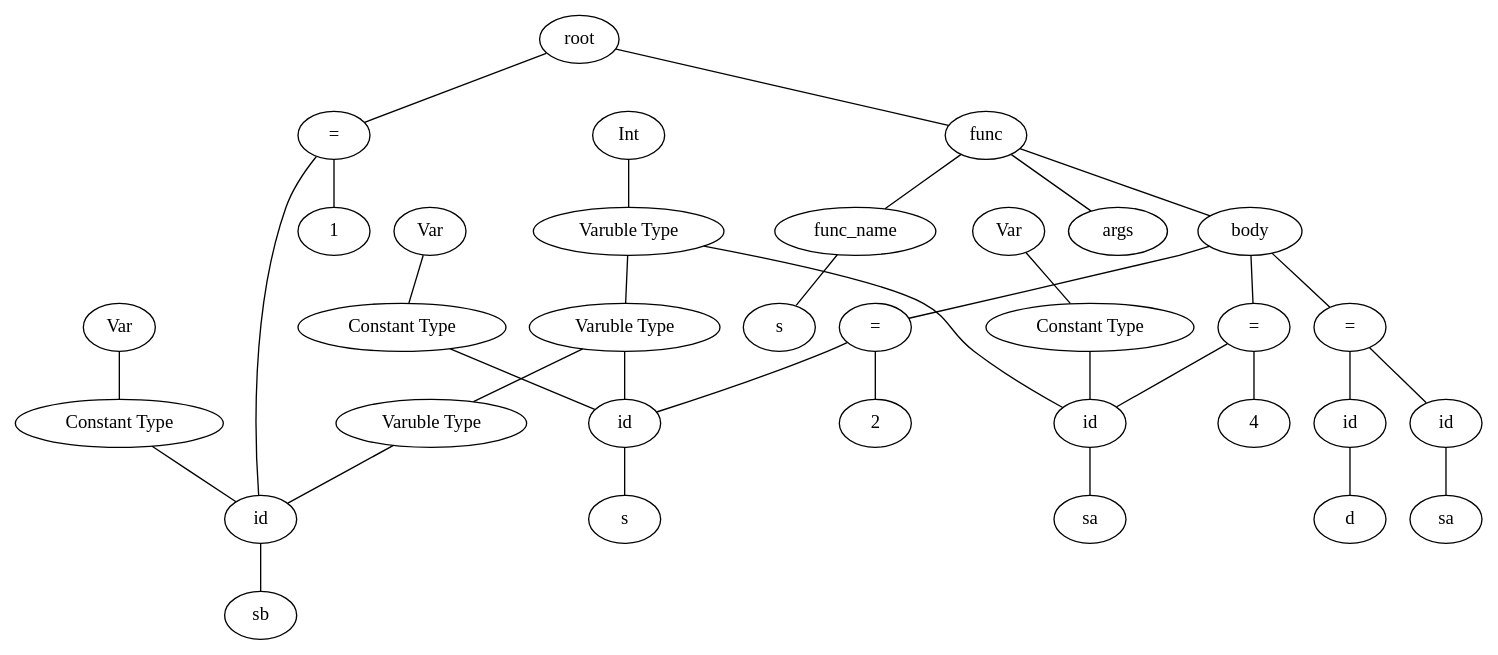
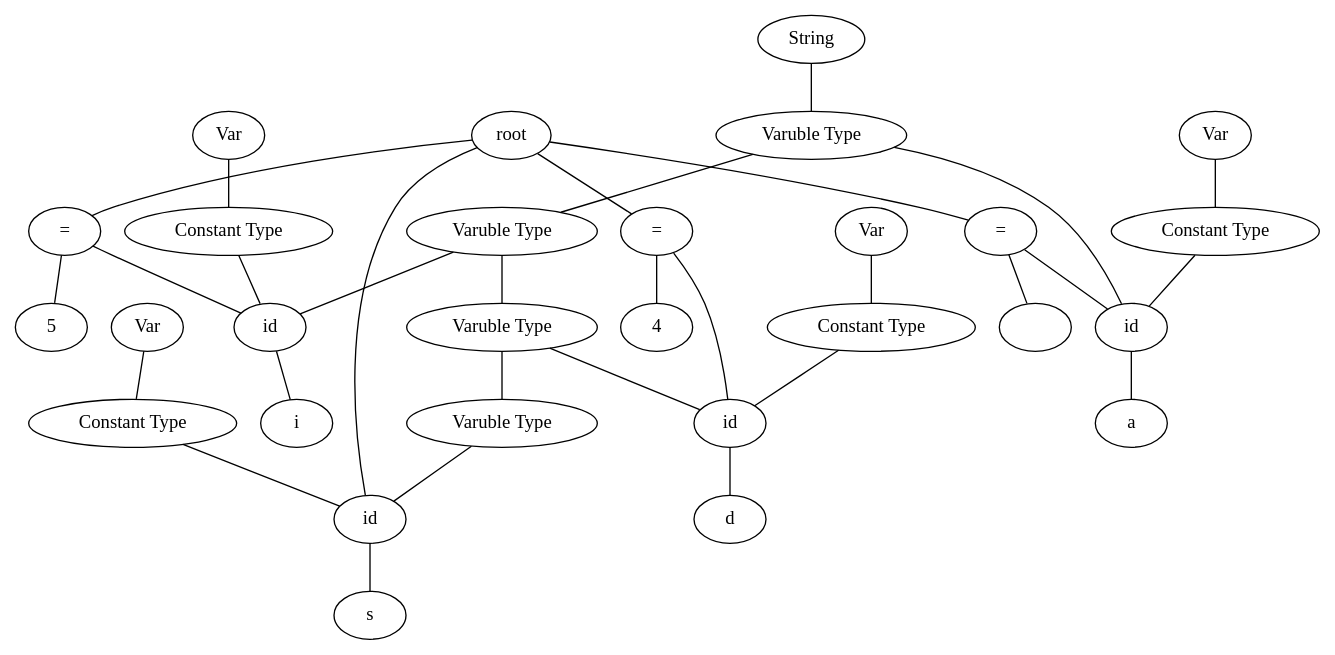
Before and after one commit to TAIIOK/SwiftCompilerToJavaByteCode: the diagram in build/file.dot, drawn with Graphviz. The commit also changed 9 other files, not shown here.

```diff
--- a/build/file.dot
+++ b/build/file.dot
@@ -1,71 +1,63 @@
 graph graphname {
 root;
-assign0[label = "="];
-root--assign0;
 expr0[label = "id"];
-assign0--expr0;
+root--expr0;
 type0[label = "Varuble Type"];
 type0--expr0;
 type1[label = "Int"];
 type1--type0;
 consttype0[label = "Constant Type"];
 consttype0--expr0;
 consttype1[label = "Var"];
 consttype1--consttype0;
-expr1[label = "sb"];
+expr1[label = "s"];
 expr0--expr1;
-expr2[label = "1"];
+assign0[label = "="];
+root--assign0;
+expr2[label = "id"];
 assign0--expr2;
-func0[label = "func"];
-root--func0;
-func0name[label = "func_name"];
-expr3[label = "s"];
-func0name--expr3;
-func0--func0name;
-func0args[label = " args "];
-func0 -- func0args;
-func0body[label = " body "];
-func0 -- func0body;
-assign1[label = "="];
-func0body--assign1;
-expr4[label = "id"];
-assign1--expr4;
 type1[label = "Varuble Type"];
-type1--expr4;
+type1--expr2;
 type2[label = "Int"];
 type2--type1;
 consttype2[label = "Constant Type"];
-consttype2--expr4;
+consttype2--expr2;
 consttype3[label = "Var"];
 consttype3--consttype2;
-expr5[label = "s"];
-expr4--expr5;
-expr6[label = "2"];
-assign1--expr6;
-assign2[label = "="];
-func0body--assign2;
-expr7[label = "id"];
-assign2--expr7;
+expr3[label = "d"];
+expr2--expr3;
+expr4[label = "4"];
+assign0--expr4;
+assign1[label = "="];
+root--assign1;
+expr5[label = "id"];
+assign1--expr5;
 type2[label = "Varuble Type"];
-type2--expr7;
+type2--expr5;
 type3[label = "Int"];
 type3--type2;
 consttype4[label = "Constant Type"];
-consttype4--expr7;
+consttype4--expr5;
 consttype5[label = "Var"];
 consttype5--consttype4;
-expr8[label = "sa"];
-expr7--expr8;
-expr9[label = "4"];
-assign2--expr9;
-assign3[label = "="];
-func0body--assign3;
-expr10[label = "id"];
-assign3--expr10;
-expr11[label = "sa"];
-expr10--expr11;
-expr12[label = "id"];
-assign3--expr12;
-expr13[label = "d"];
-expr12--expr13;
+expr6[label = "i"];
+expr5--expr6;
+expr7[label = "5"];
+assign1--expr7;
+assign2[label = "="];
+root--assign2;
+expr8[label = "id"];
+assign2--expr8;
+type3[label = "Varuble Type"];
+type3--expr8;
+type4[label = "String"];
+type4--type3;
+consttype6[label = "Constant Type"];
+consttype6--expr8;
+consttype7[label = "Var"];
+consttype7--consttype6;
+expr9[label = "a"];
+expr8--expr9;
+expr10[label = ""];
+assign2--expr10;
 }
```
